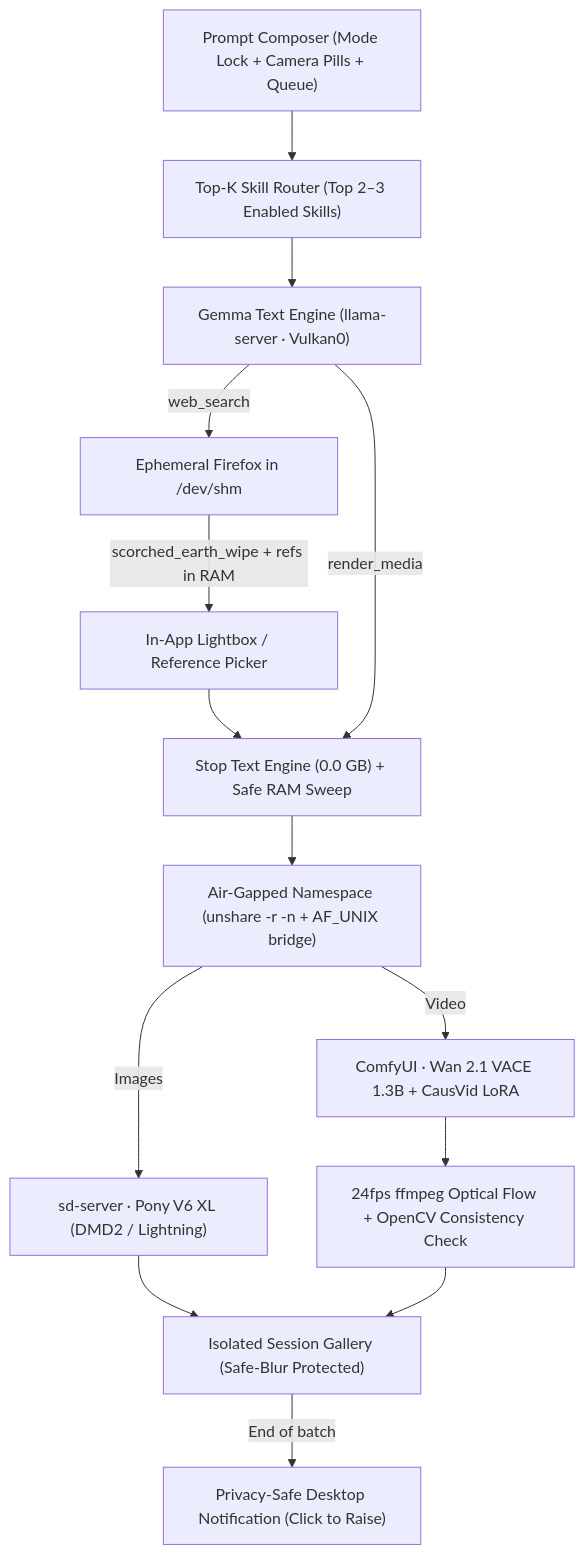
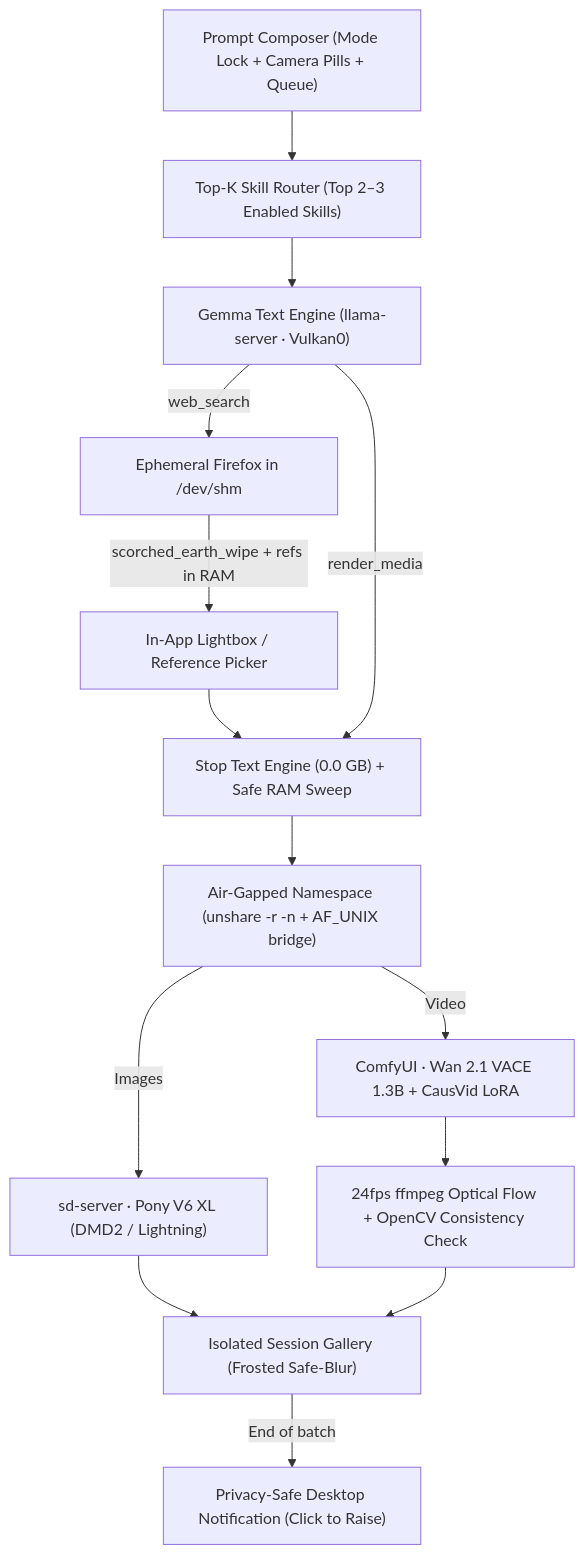
One commit to dksh34/Vimona changed the diagram in README.md. Above: the diagram before and after it, drawn with Mermaid. The commit also changed other lines of this file and 21 other files, not shown here.

Commit message:
feat(demo,privacy): frosted Safe-Blur fix, real Pony V6 XL demo walkthrough videos, portable launcher, and updated README

````diff
--- a/README.md
+++ b/README.md
@@ -86,16 +124,16 @@
 ```mermaid
 flowchart TD
     U["Prompt Composer (Mode Lock + Camera Pills + Queue)"] --> R["Top-K Skill Router (Top 2–3 Enabled Skills)"]
     R --> LLM["Gemma Text Engine (llama-server · Vulkan0)"]
     LLM -->|web_search| FF["Ephemeral Firefox in /dev/shm"]
     FF -->|scorched_earth_wipe + refs in RAM| PICK["In-App Lightbox / Reference Picker"]
     PICK --> TEARDOWN["Stop Text Engine (0.0 GB) + Safe RAM Sweep"]
     LLM -->|render_media| TEARDOWN
     TEARDOWN --> NETNS["Air-Gapped Namespace (unshare -r -n + AF_UNIX bridge)"]
     NETNS -->|Images| PONY["sd-server · Pony V6 XL (DMD2 / Lightning)"]
     NETNS -->|Video| WAN["ComfyUI · Wan 2.1 VACE 1.3B + CausVid LoRA"]
     WAN --> FLOW["24fps ffmpeg Optical Flow + OpenCV Consistency Check"]
-    PONY --> GAL["Isolated Session Gallery (Safe-Blur Protected)"]
+    PONY --> GAL["Isolated Session Gallery (Frosted Safe-Blur)"]
     FLOW --> GAL
     GAL -->|End of batch| NOTIFY["Privacy-Safe Desktop Notification (Click to Raise)"]
 ```
````
